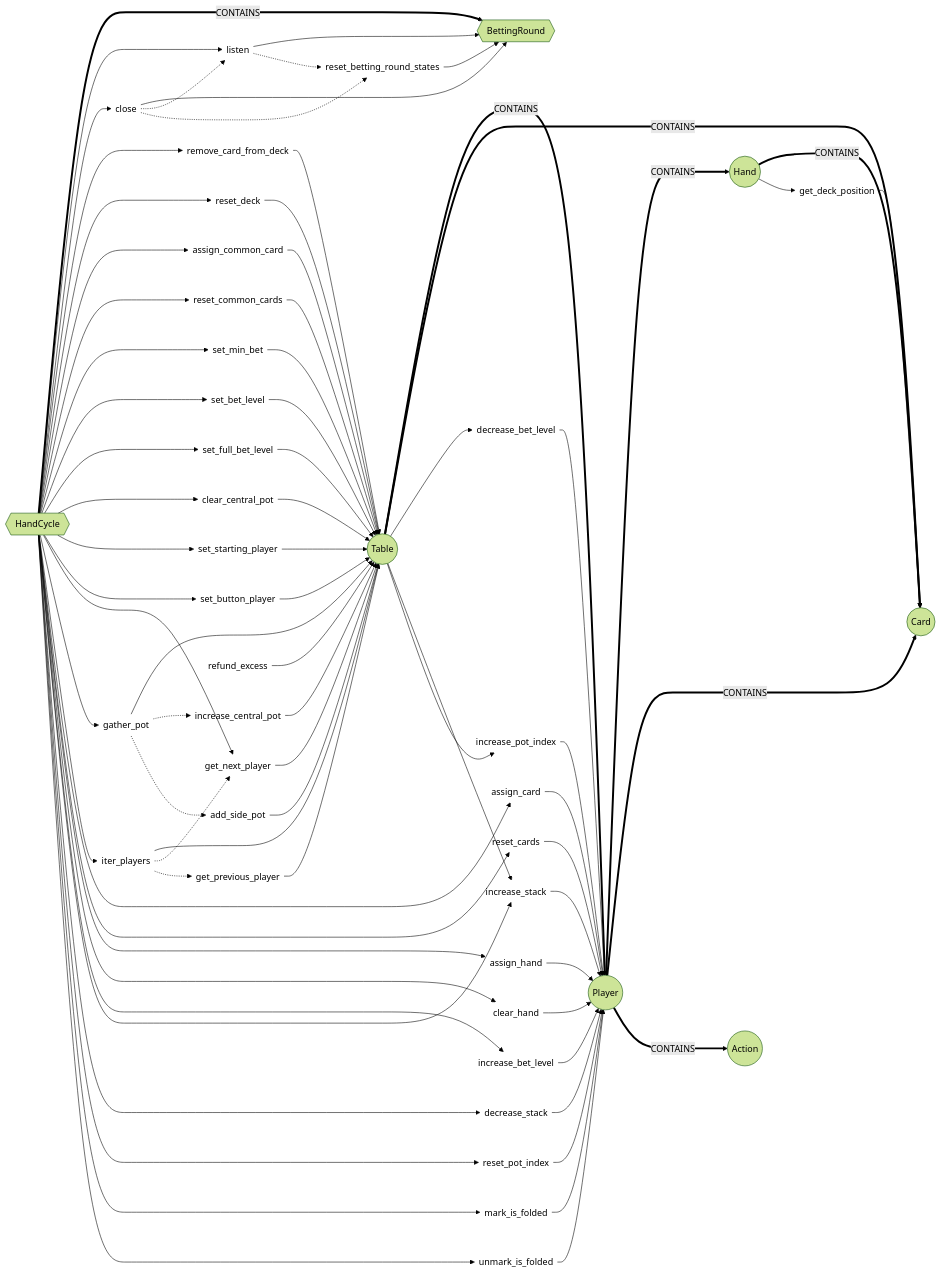
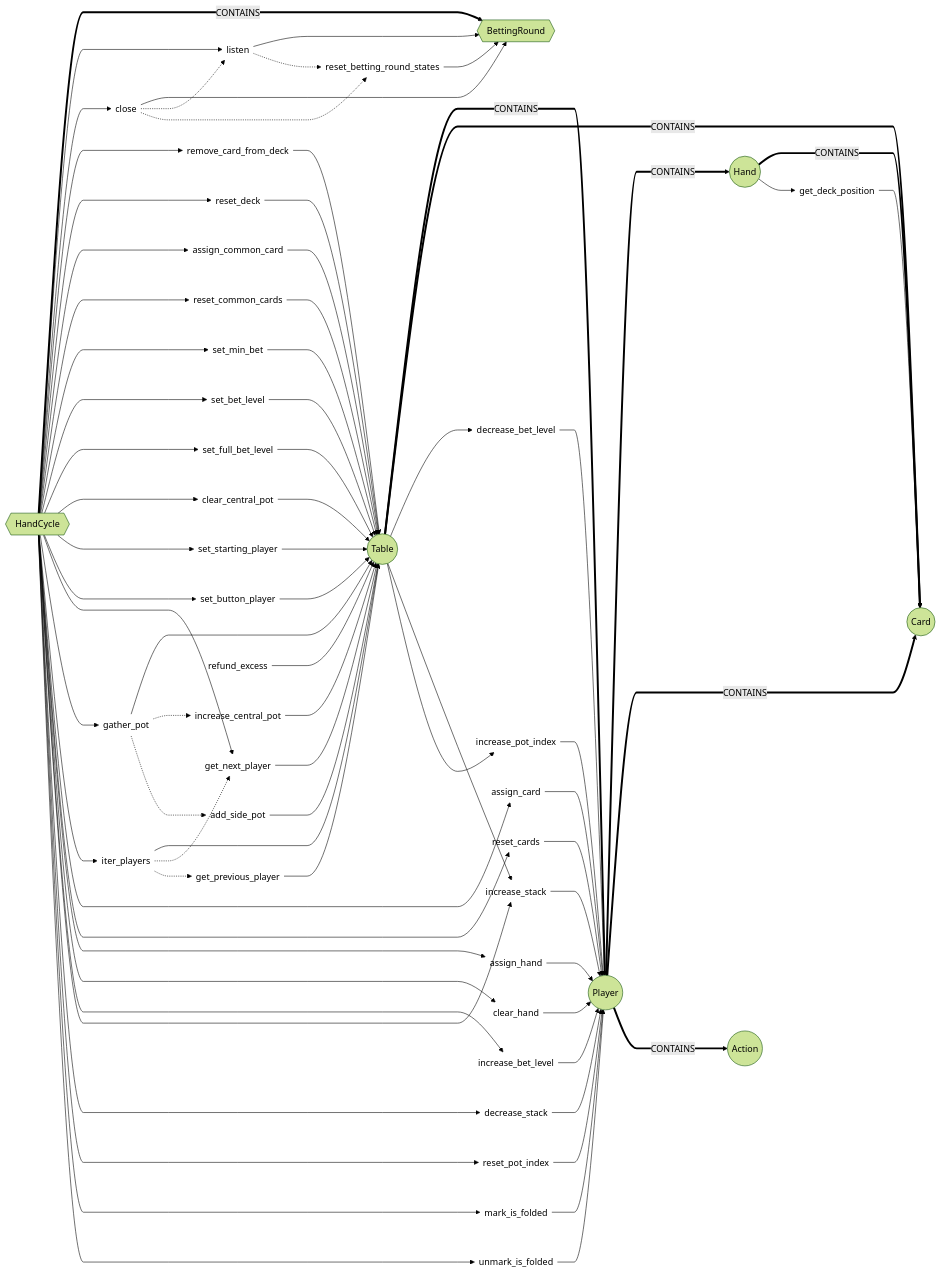
Before and after one commit to jorsaland/pokerpy: the third of 4 diagrams in MODEL.md, drawn with Mermaid (forest theme). The commit also changed other lines of this file, not shown here.

Commit message:
added explicit config to MODEL.md mermaid diagrams

````diff
--- a/MODEL.md
+++ b/MODEL.md
@@ -264,4 +276,12 @@
 ```mermaid
+---
+config:
+  layout: dagre
+  flowchart:
+    curve: monotoneX
+
+
+---
 flowchart LR
 
 
@@ -376,6 +396,4 @@
 
     T.iter_players -.-> T.get_next_player
     T.iter_players -.-> T.get_previous_player
-
-
 ```
````
